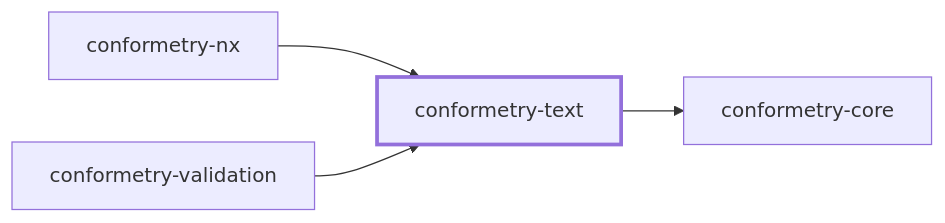
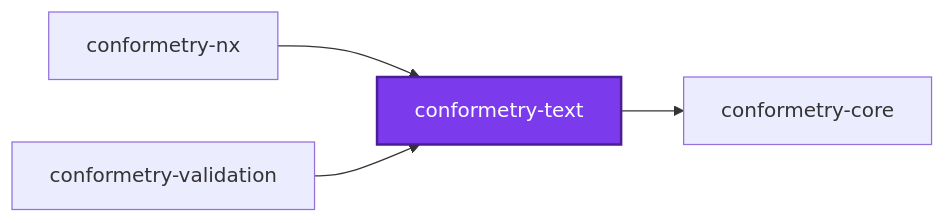
One commit to JimmyPaolini/codebase changed the first of 3 diagrams in packages/conformetry-text/README.md. Above: the diagram before and after it, drawn with Mermaid. The commit also changed other lines of this file and 241 other files, not shown here.

First line of the commit message:
feat(codependix,synchronization,deployments,documentation,codebase): ✨ add the codependix dependency-graph export suite (#335)

````diff
--- a/packages/conformetry-text/README.md
+++ b/packages/conformetry-text/README.md
@@ -34,12 +94,12 @@
 ```mermaid
-flowchart LR
+graph LR
   conformetry_core["conformetry-core"]
   conformetry_nx["conformetry-nx"]
   conformetry_text["conformetry-text"]
   conformetry_validation["conformetry-validation"]
   conformetry_nx --> conformetry_text
   conformetry_text --> conformetry_core
   conformetry_validation --> conformetry_text
-  classDef subject stroke-width:3px
+  classDef subject fill:#7c3aed,color:#fff,stroke:#4c1d95,stroke-width:2px
   class conformetry_text subject
 ```
````
